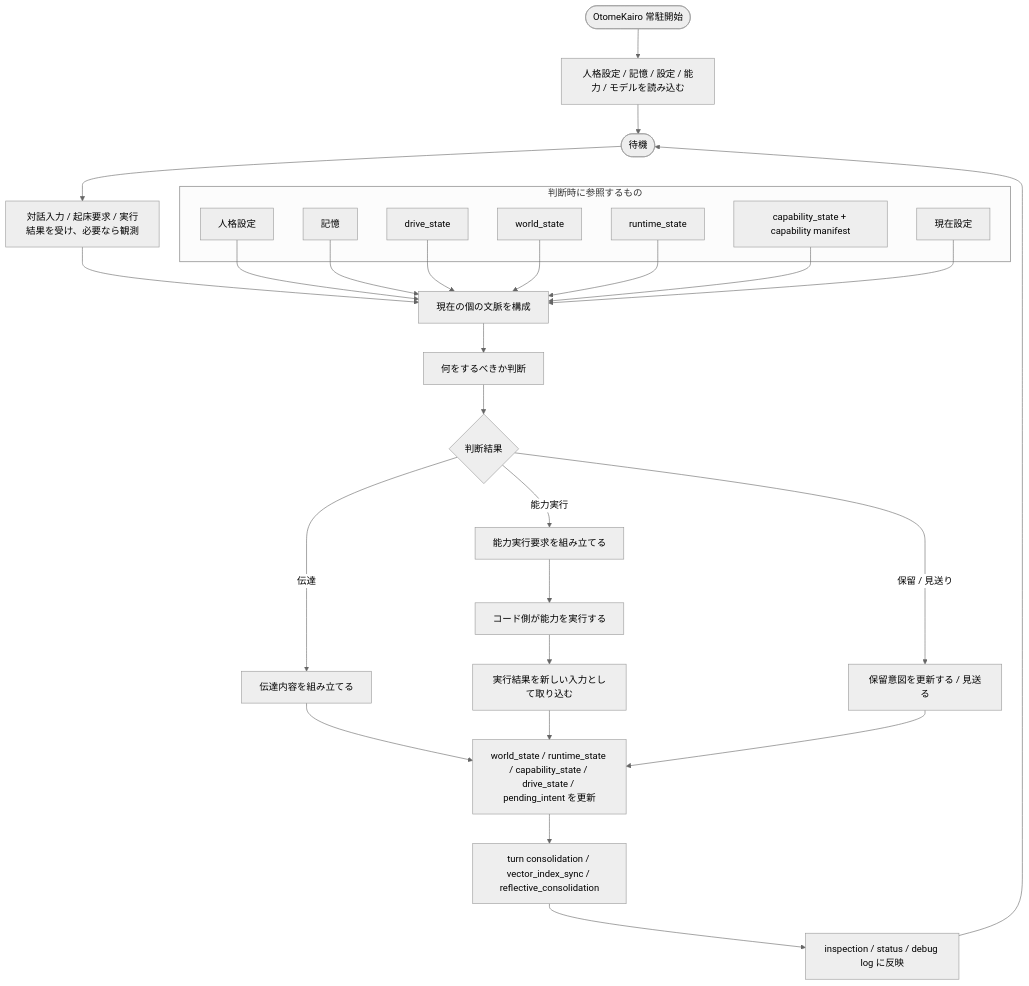
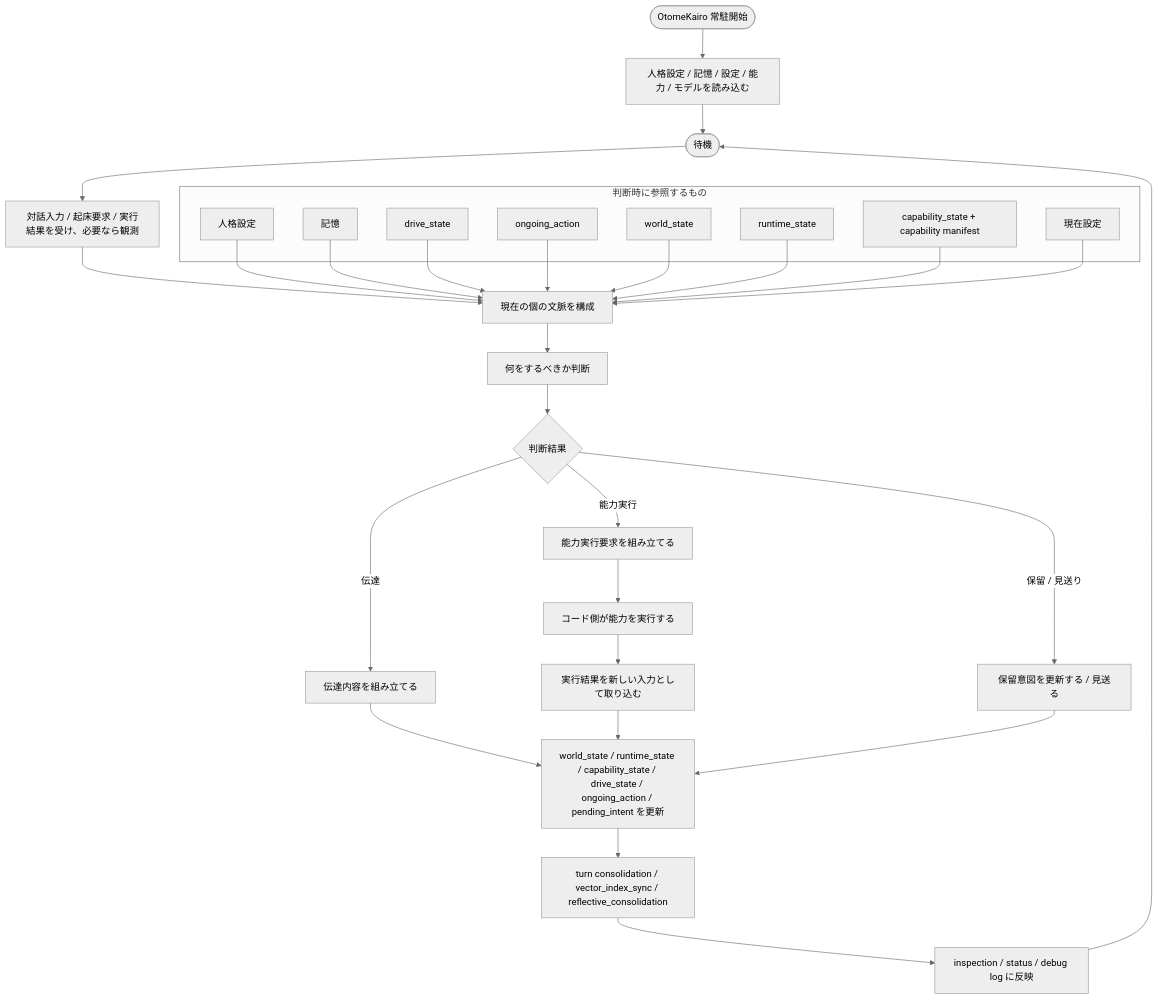
The first of 4 diagrams in docs/plan/02_現行処理フロー.md (hirona98/OtomeKairo), drawn with Mermaid (neutral theme) before and after one commit. The commit also changed other lines of this file and 8 other files, not shown here.

````diff
--- a/docs/plan/02_現行処理フロー.md
+++ b/docs/plan/02_現行処理フロー.md
@@ -36,55 +36,57 @@
 ```mermaid
 flowchart TD
     Start([OtomeKairo 常駐開始])
     Load["人格設定 / 記憶 / 設定 / 能力 / モデルを読み込む"]
     Wait([待機])
 
     Observe["対話入力 / 起床要求 / 実行結果を受け、必要なら観測"]
     Build["現在の個の文脈を構成"]
     Decide["何をするべきか判断"]
     Branch{"判断結果"}
 
     Communicate["伝達内容を組み立てる"]
     Plan["能力実行要求を組み立てる"]
     Hold["保留意図を更新する / 見送る"]
     Execute["コード側が能力を実行する"]
     ObserveResult["実行結果を新しい入力として取り込む"]
-    UpdateState["world_state / runtime_state / capability_state / drive_state / pending_intent を更新"]
+    UpdateState["world_state / runtime_state / capability_state / drive_state / ongoing_action / pending_intent を更新"]
     UpdateMemory["turn consolidation / vector_index_sync / reflective_consolidation"]
     Inspect["inspection / status / debug log に反映"]
 
     subgraph Ref["判断時に参照するもの"]
         Persona["人格設定"]
         Memory["記憶"]
         Drive["drive_state"]
+        Action["ongoing_action"]
         World["world_state"]
         Runtime["runtime_state"]
         Capability["capability_state + capability manifest"]
         Settings["現在設定"]
     end
 
     Start --> Load
     Load --> Wait
     Wait --> Observe
     Observe --> Build
     Persona --> Build
     Memory --> Build
     Drive --> Build
+    Action --> Build
     World --> Build
     Runtime --> Build
     Capability --> Build
     Settings --> Build
     Build --> Decide
     Decide --> Branch
     Branch -->|伝達| Communicate
     Branch -->|能力実行| Plan
     Branch -->|保留 / 見送り| Hold
     Communicate --> UpdateState
     Plan --> Execute
     Execute --> ObserveResult
     ObserveResult --> UpdateState
     Hold --> UpdateState
     UpdateState --> UpdateMemory
     UpdateMemory --> Inspect
     Inspect --> Wait
 ```
````
